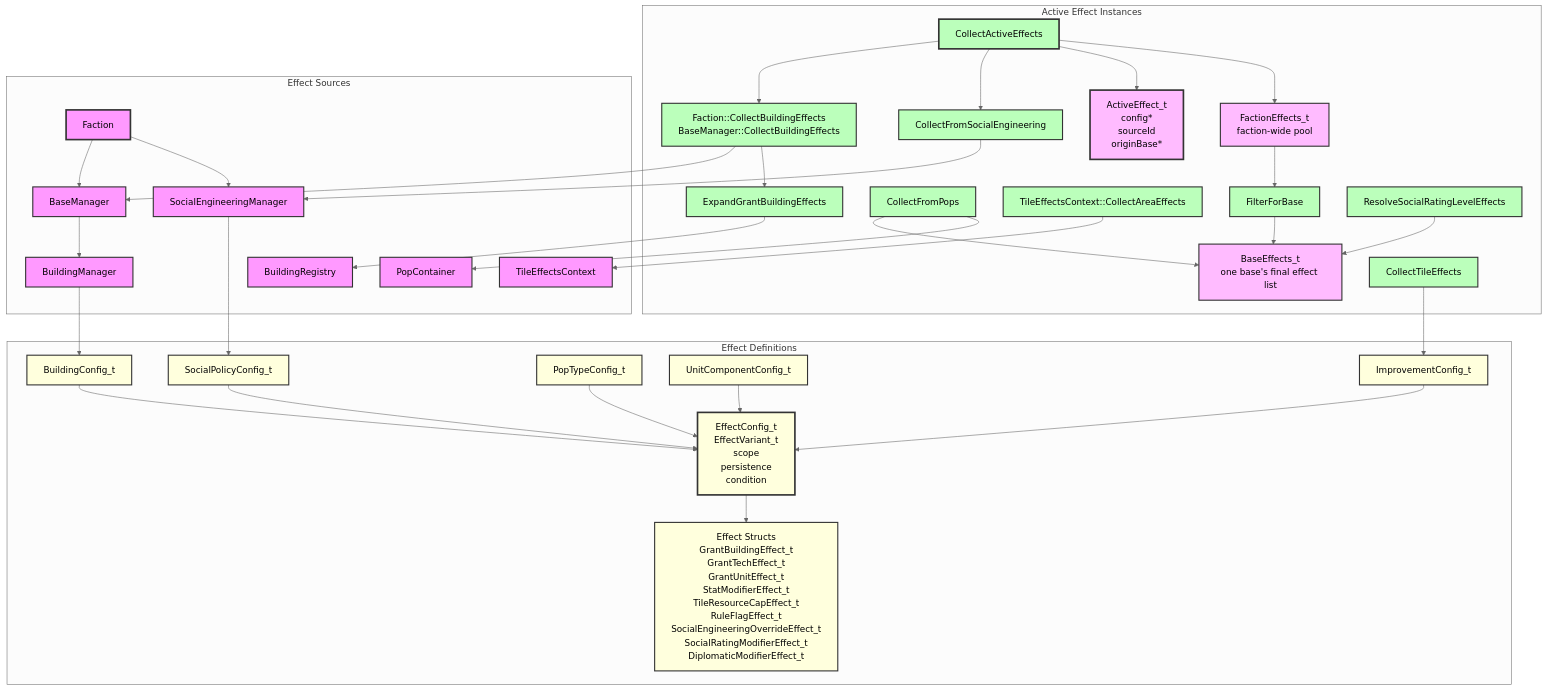
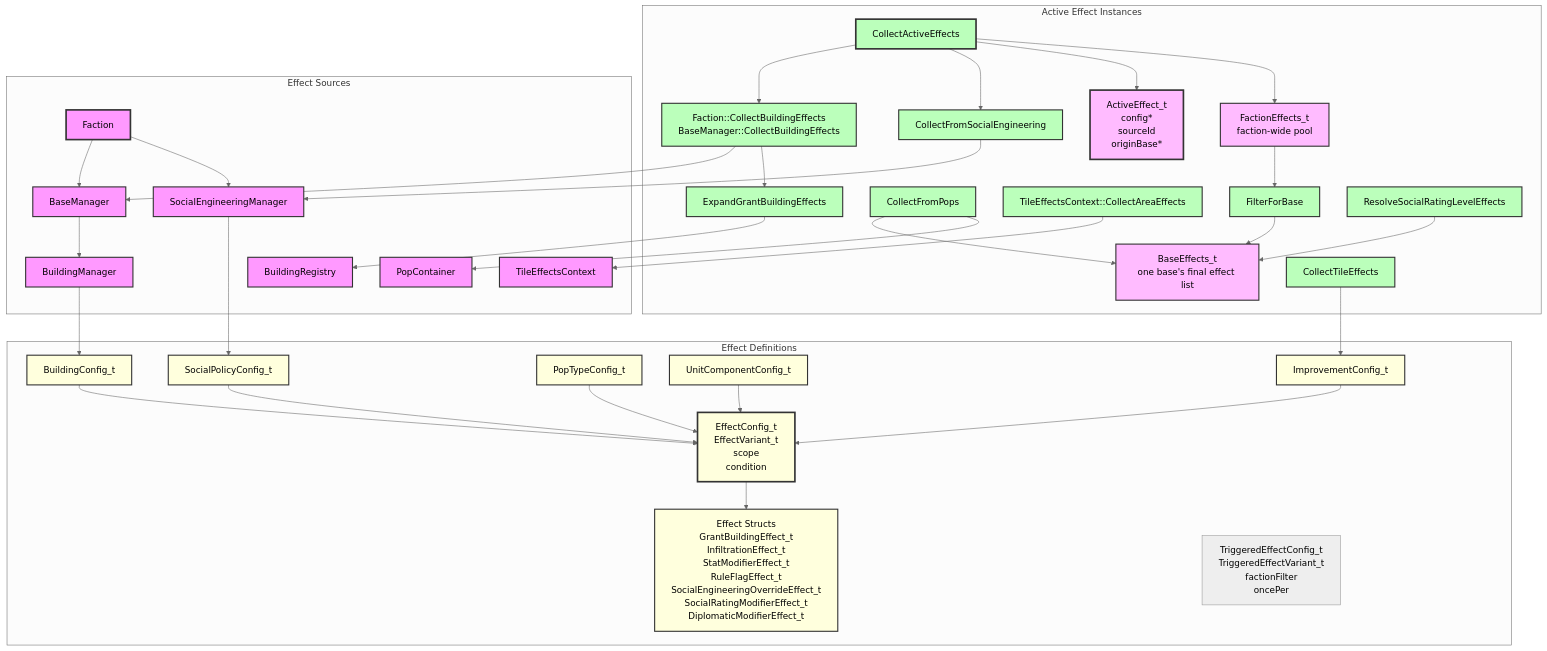
The diagram in docs/architecture/effects-system.md (kilianloftis/alpha-centauri), drawn with Mermaid (neutral theme) before and after one commit. The commit also changed other lines of this file and 106 other files, not shown here.

```diff
--- a/docs/architecture/effects-system.md
+++ b/docs/architecture/effects-system.md
@@ -8,8 +8,9 @@
         PopTypeConfig[PopTypeConfig_t]
         UnitComponentConfig[UnitComponentConfig_t]
         SocialPolicyConfig_t[SocialPolicyConfig_t]
-        EffectConfig[EffectConfig_t<br/>EffectVariant_t<br/>scope<br/>persistence<br/>condition]
-        EffectStructs[Effect Structs<br/>GrantBuildingEffect_t<br/>GrantTechEffect_t<br/>GrantUnitEffect_t<br/>StatModifierEffect_t<br/>TileResourceCapEffect_t<br/>RuleFlagEffect_t<br/>SocialEngineeringOverrideEffect_t<br/>SocialRatingModifierEffect_t<br/>DiplomaticModifierEffect_t]
+        EffectConfig[EffectConfig_t<br/>EffectVariant_t<br/>scope<br/>condition]
+        EffectStructs[Effect Structs<br/>GrantBuildingEffect_t<br/>InfiltrationEffect_t<br/>StatModifierEffect_t<br/>RuleFlagEffect_t<br/>SocialEngineeringOverrideEffect_t<br/>SocialRatingModifierEffect_t<br/>DiplomaticModifierEffect_t]
+        TriggeredConfig[TriggeredEffectConfig_t<br/>TriggeredEffectVariant_t<br/>factionFilter<br/>oncePer]
     end
 
     subgraph "Active Effect Instances"
```
